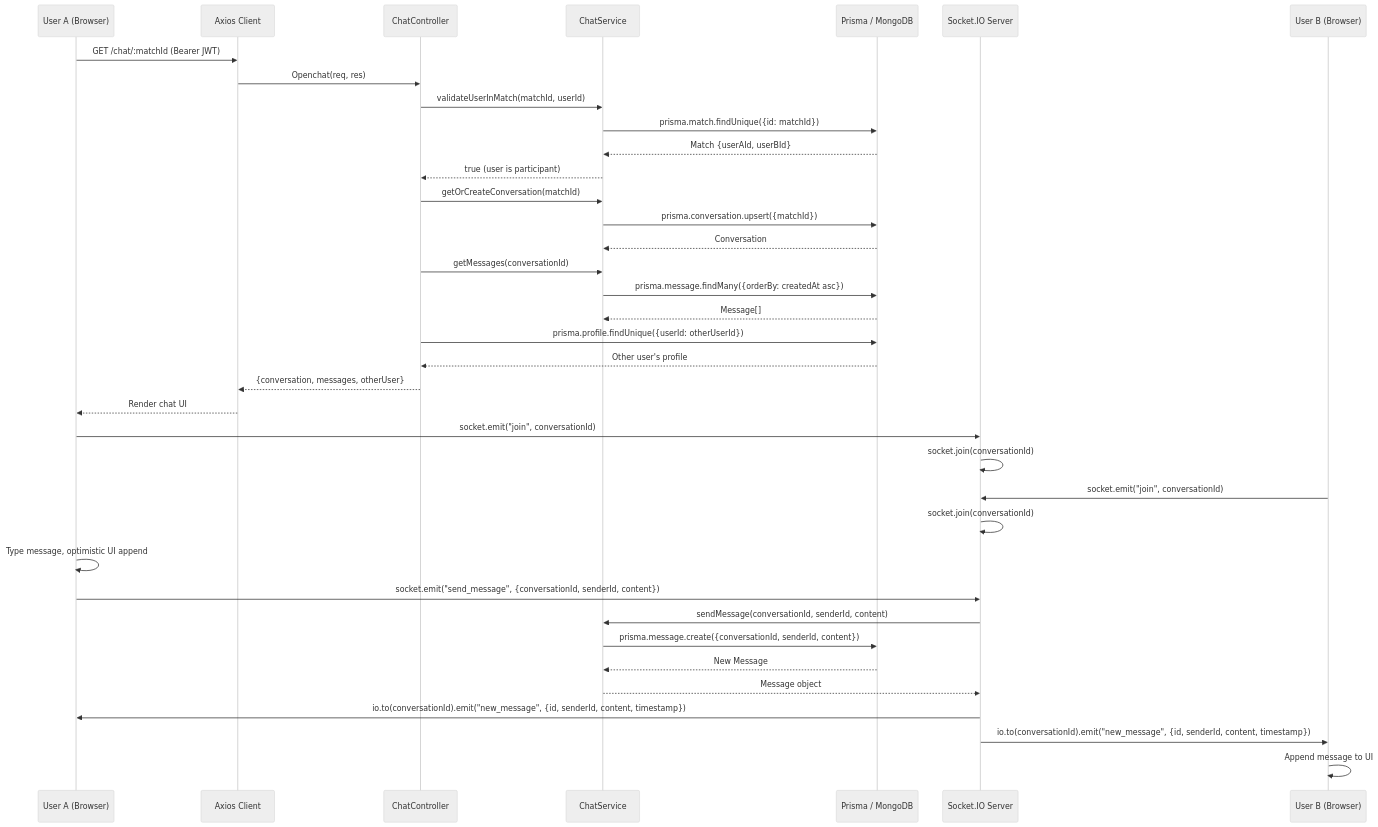
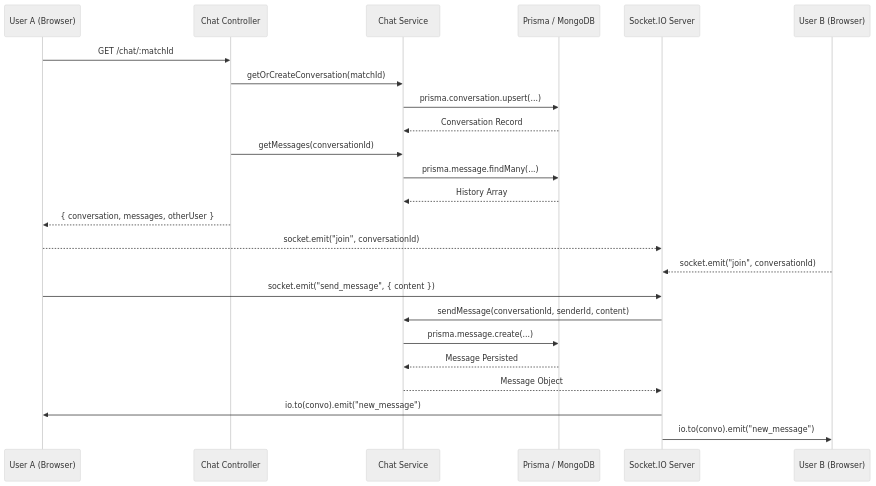
The fourth of 4 diagrams in docs/diagrams/5_sequence_diagrams.md (HardikGenOne/Flately), drawn with Mermaid (neutral theme) before and after one commit. The commit also changed other lines of this file and 25 other files, not shown here.

````diff
--- a/docs/diagrams/5_sequence_diagrams.md
+++ b/docs/diagrams/5_sequence_diagrams.md
@@ -131,46 +114,32 @@
 ```mermaid
 sequenceDiagram
     participant A as User A (Browser)
-    participant AX as Axios Client
-    participant CC as ChatController
-    participant CS as ChatService
+    participant CC as Chat Controller
+    participant CS as Chat Service
     participant DB as Prisma / MongoDB
     participant SIO as Socket.IO Server
     participant B as User B (Browser)
 
-    A->>AX: GET /chat/:matchId (Bearer JWT)
-    AX->>CC: Openchat(req, res)
-    CC->>CS: validateUserInMatch(matchId, userId)
-    CS->>DB: prisma.match.findUnique({id: matchId})
-    DB-->>CS: Match {userAId, userBId}
-    CS-->>CC: true (user is participant)
-
+    A->>CC: GET /chat/:matchId
     CC->>CS: getOrCreateConversation(matchId)
-    CS->>DB: prisma.conversation.upsert({matchId})
-    DB-->>CS: Conversation
+    CS->>DB: prisma.conversation.upsert(...)
+    DB-->>CS: Conversation Record
 
     CC->>CS: getMessages(conversationId)
-    CS->>DB: prisma.message.findMany({orderBy: createdAt asc})
-    DB-->>CS: Message[]
+    CS->>DB: prisma.message.findMany(...)
+    DB-->>CS: History Array
+    
+    CC-->>A: { conversation, messages, otherUser }
 
-    CC->>DB: prisma.profile.findUnique({userId: otherUserId})
-    DB-->>CC: Other user's profile
-    CC-->>AX: {conversation, messages, otherUser}
-    AX-->>A: Render chat UI
+    A-->>SIO: socket.emit("join", conversationId)
+    B-->>SIO: socket.emit("join", conversationId)
 
-    A->>SIO: socket.emit("join", conversationId)
-    SIO->>SIO: socket.join(conversationId)
-
-    B->>SIO: socket.emit("join", conversationId)
-    SIO->>SIO: socket.join(conversationId)
-
-    A->>A: Type message, optimistic UI append
-    A->>SIO: socket.emit("send_message", {conversationId, senderId, content})
+    A->>SIO: socket.emit("send_message", { content })
     SIO->>CS: sendMessage(conversationId, senderId, content)
-    CS->>DB: prisma.message.create({conversationId, senderId, content})
-    DB-->>CS: New Message
-    CS-->>SIO: Message object
-    SIO->>A: io.to(conversationId).emit("new_message", {id, senderId, content, timestamp})
-    SIO->>B: io.to(conversationId).emit("new_message", {id, senderId, content, timestamp})
-    B->>B: Append message to UI
+    CS->>DB: prisma.message.create(...)
+    DB-->>CS: Message Persisted
+    
+    CS-->>SIO: Message Object
+    SIO->>A: io.to(convo).emit("new_message")
+    SIO->>B: io.to(convo).emit("new_message")
 ```
````
